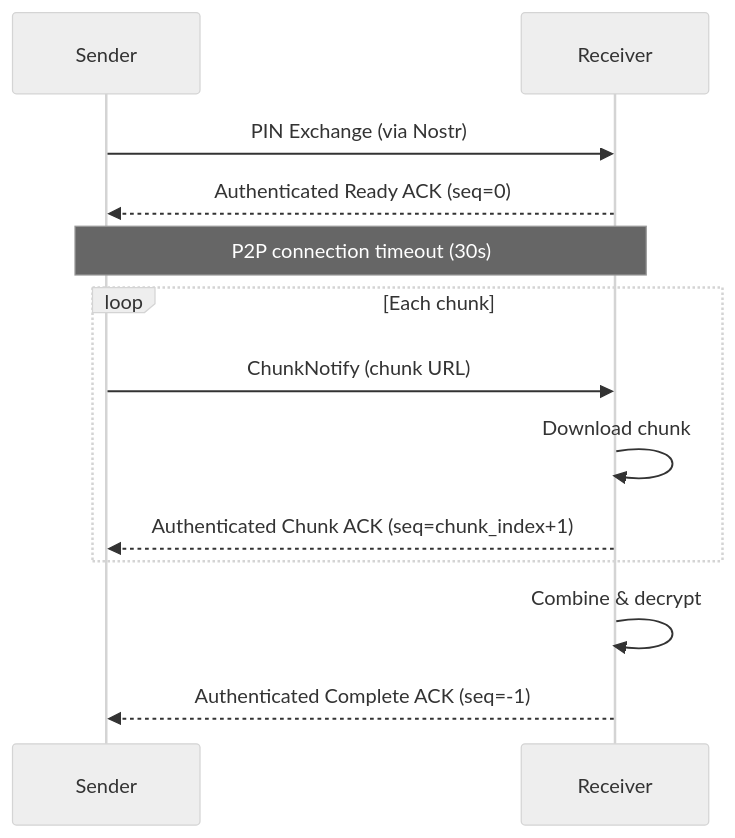
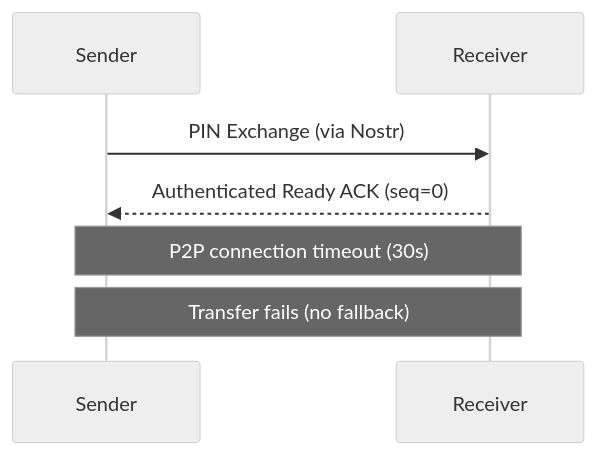
One commit to andrewtheguy/secure-send-web changed the second of 4 diagrams in docs/ARCHITECTURE.md. Above: the diagram before and after it, drawn with Mermaid (neutral theme). The commit also changed other lines of this file and 1 other file, not shown here.

Commit message:
docs: remove cloud fallback references from README and ARCHITECTURE

````diff
--- a/docs/ARCHITECTURE.md
+++ b/docs/ARCHITECTURE.md
@@ -48,15 +47,9 @@
 ```mermaid
 sequenceDiagram
     participant Sender
     participant Receiver
     Sender->>Receiver: PIN Exchange (via Nostr)
     Receiver-->>Sender: Authenticated Ready ACK (seq=0)
     Note over Sender,Receiver: P2P connection timeout (30s)
-    loop Each chunk
-        Sender->>Receiver: ChunkNotify (chunk URL)
-        Receiver->>Receiver: Download chunk
-        Receiver-->>Sender: Authenticated Chunk ACK (seq=chunk_index+1)
-    end
-    Receiver->>Receiver: Combine & decrypt
-    Receiver-->>Sender: Authenticated Complete ACK (seq=-1)
+    Note over Sender,Receiver: Transfer fails (no fallback)
 ```
````
